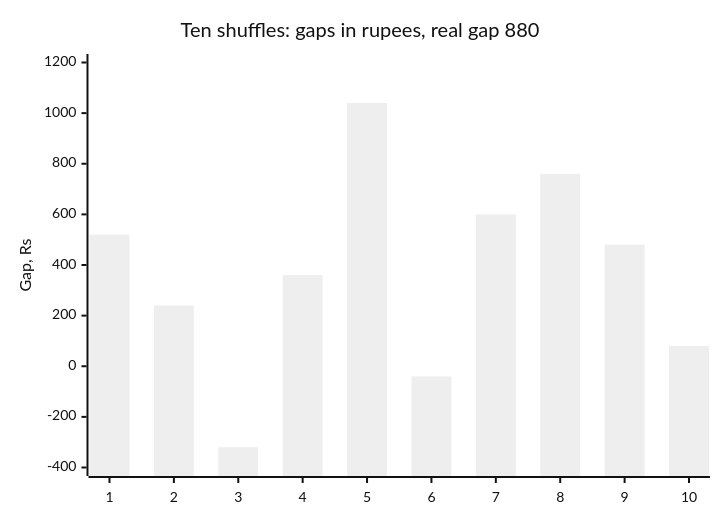
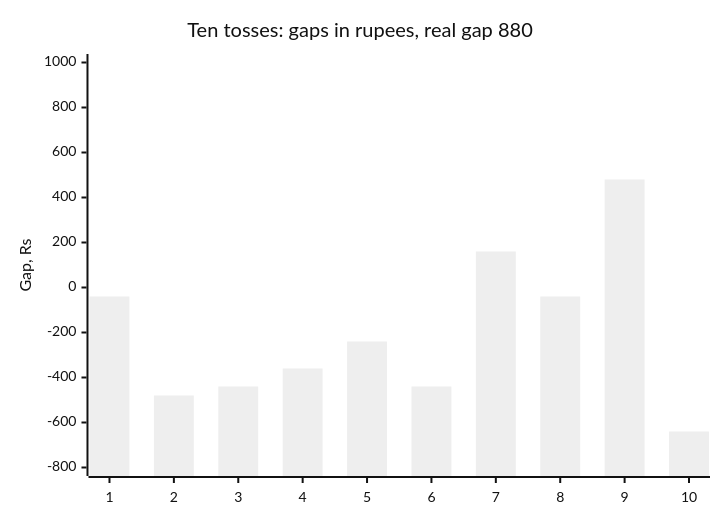
One commit to fde-academy-lab/c2-content-factory changed the fifth of 32 diagrams in content/W01/D4/slides/C2_W01_D04_half1_STUDENT.md. Above: the diagram before and after it, drawn with Mermaid (neutral theme). The commit also changed other lines of this file and 4 other files, not shown here.

````diff
--- a/content/W01/D4/slides/C2_W01_D04_half1_STUDENT.md
+++ b/content/W01/D4/slides/C2_W01_D04_half1_STUDENT.md
@@ -276,7 +285,7 @@
 ```mermaid
 xychart-beta
-    title "Ten shuffles: gaps in rupees, real gap 880"
+    title "Ten tosses: gaps in rupees, real gap 880"
     x-axis ["1", "2", "3", "4", "5", "6", "7", "8", "9", "10"]
-    y-axis "Gap, Rs" -400 --> 1200
-    bar [520, 240, -320, 360, 1040, -40, 600, 760, 480, 80]
+    y-axis "Gap, Rs" -800 --> 1000
+    bar [-40, -480, -440, -360, -240, -440, 160, -40, 480, -640]
 ```
````
